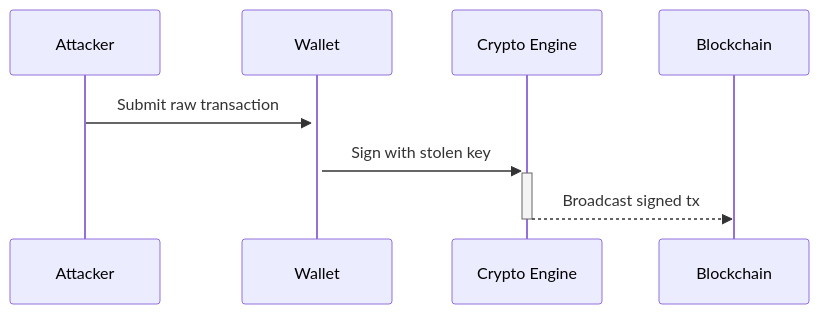
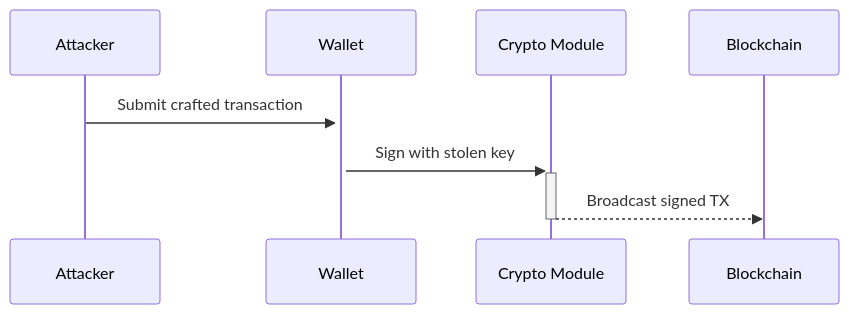
One commit to Clasikpaige/Netaker changed the second of 2 diagrams in README.md. Above: the diagram before and after it, drawn with Mermaid. The commit also changed other lines of this file, not shown here.

````diff
--- a/README.md
+++ b/README.md
@@ -127,6 +95,6 @@
 ```mermaid
 sequenceDiagram
-    Attacker->>+Wallet: Submit raw transaction
-    Wallet->>+Crypto Engine: Sign with stolen key
-    Crypto Engine-->>-Blockchain: Broadcast signed tx
+    Attacker->>+Wallet: Submit crafted transaction
+    Wallet->>+Crypto Module: Sign with stolen key
+    Crypto Module-->>-Blockchain: Broadcast signed TX
 ```
````
